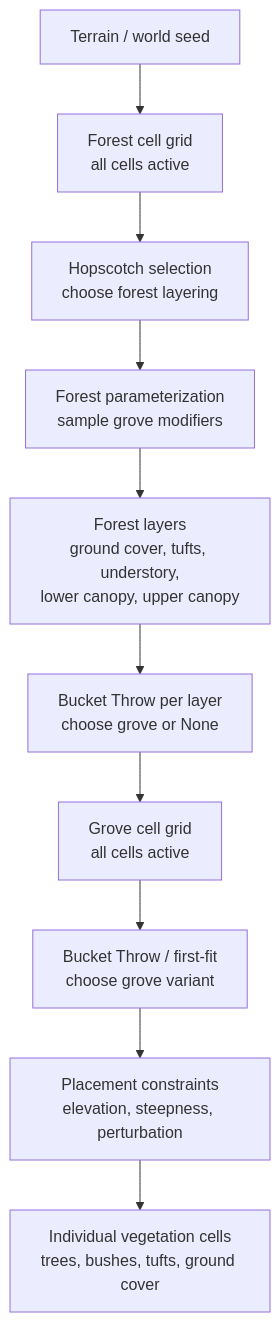
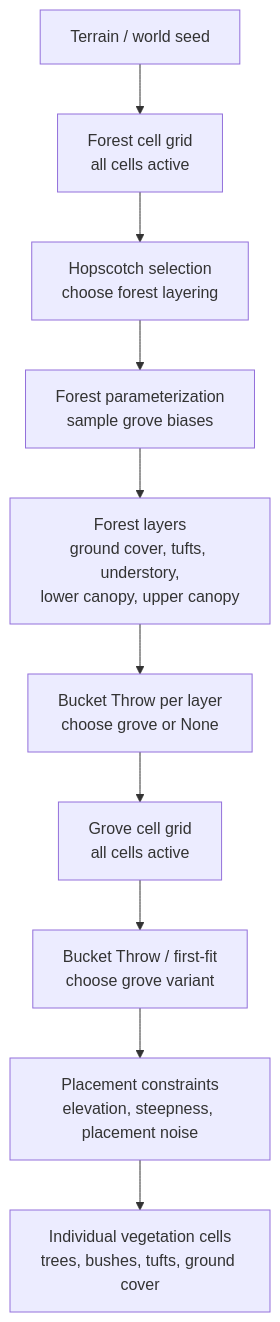
The diagram in rfc/rfc-000-000-183-chico-vegetation/README.md (ramate-io/maybraid), drawn with Mermaid before and after one commit. The commit also changed other lines of this file and 3 other files, not shown here.

````diff
--- a/rfc/rfc-000-000-183-chico-vegetation/README.md
+++ b/rfc/rfc-000-000-183-chico-vegetation/README.md
@@ -15,23 +36,23 @@
 ```mermaid
 graph TD
     Terrain["Terrain / world seed"]
     ForestGrid["Forest cell grid<br/>all cells active"]
     Hopscotch["Hopscotch selection<br/>choose forest layering"]
-    ForestParams["Forest parameterization<br/>sample grove modifiers"]
+    ForestParams["Forest parameterization<br/>sample grove biases"]
     Layers["Forest layers<br/>ground cover, tufts, understory,<br/>lower canopy, upper canopy"]
     LayerThrow["Bucket Throw per layer<br/>choose grove or None"]
     GroveGrid["Grove cell grid<br/>all cells active"]
     GroveThrow["Bucket Throw / first-fit<br/>choose grove variant"]
-    Placement["Placement constraints<br/>elevation, steepness, perturbation"]
+    Placement["Placement constraints<br/>elevation, steepness, placement noise"]
     TreeCells["Individual vegetation cells<br/>trees, bushes, tufts, ground cover"]
 
     Terrain --> ForestGrid
     ForestGrid --> Hopscotch
     Hopscotch --> ForestParams
     ForestParams --> Layers
     Layers --> LayerThrow
     LayerThrow --> GroveGrid
     GroveGrid --> GroveThrow
     GroveThrow --> Placement
     Placement --> TreeCells
 ```
````
